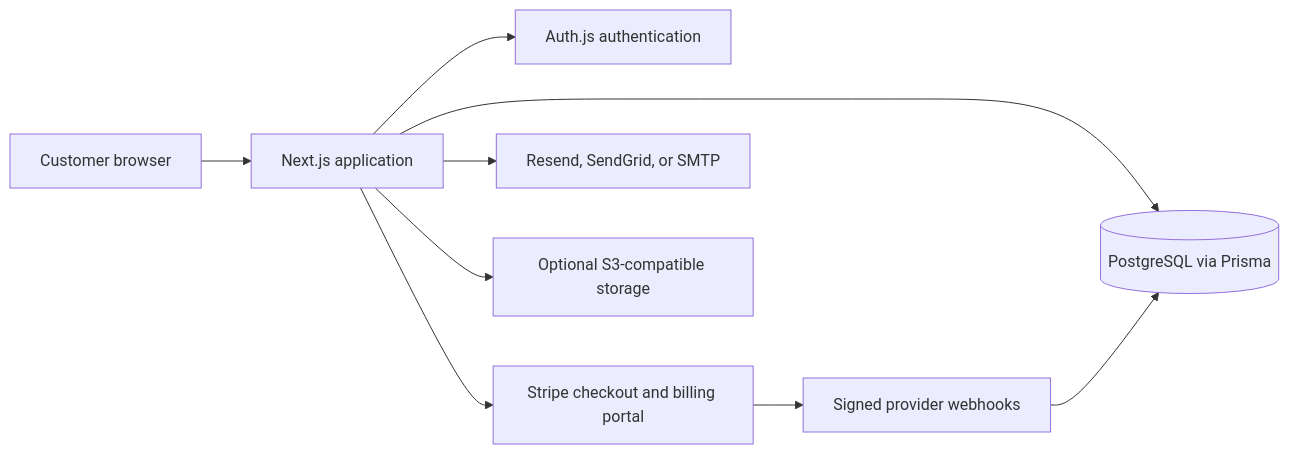
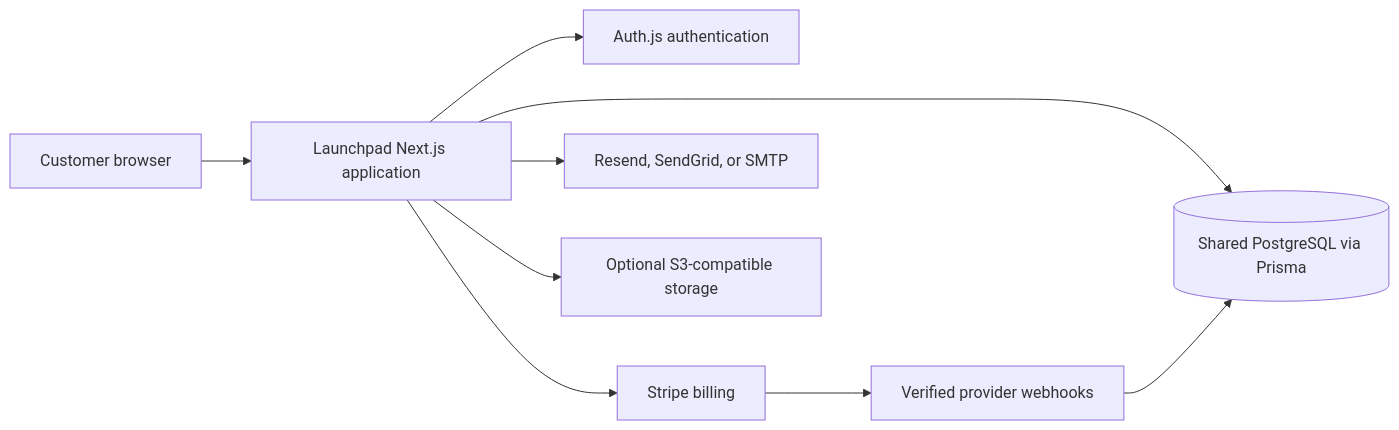
One commit to Shehroz2009/launchpad-showcase changed the diagram in README.md. Above: the diagram before and after it, drawn with Mermaid. The commit also changed other lines of this file and 42 other files, not shown here.

````diff
--- a/README.md
+++ b/README.md
@@ -60,11 +55,11 @@
 ```mermaid
 flowchart LR
-  Visitor[Customer browser] --> App[Next.js application]
+  Visitor[Customer browser] --> App[Launchpad Next.js application]
   App --> Auth[Auth.js authentication]
-  App --> DB[(PostgreSQL via Prisma)]
-  App --> Stripe[Stripe checkout and billing portal]
-  Stripe --> Webhook[Signed provider webhooks]
+  App --> DB[(Shared PostgreSQL via Prisma)]
+  App --> Stripe[Stripe billing]
+  Stripe --> Webhook[Verified provider webhooks]
   Webhook --> DB
   App --> Email[Resend, SendGrid, or SMTP]
   App --> Storage[Optional S3-compatible storage]
 ```
````
